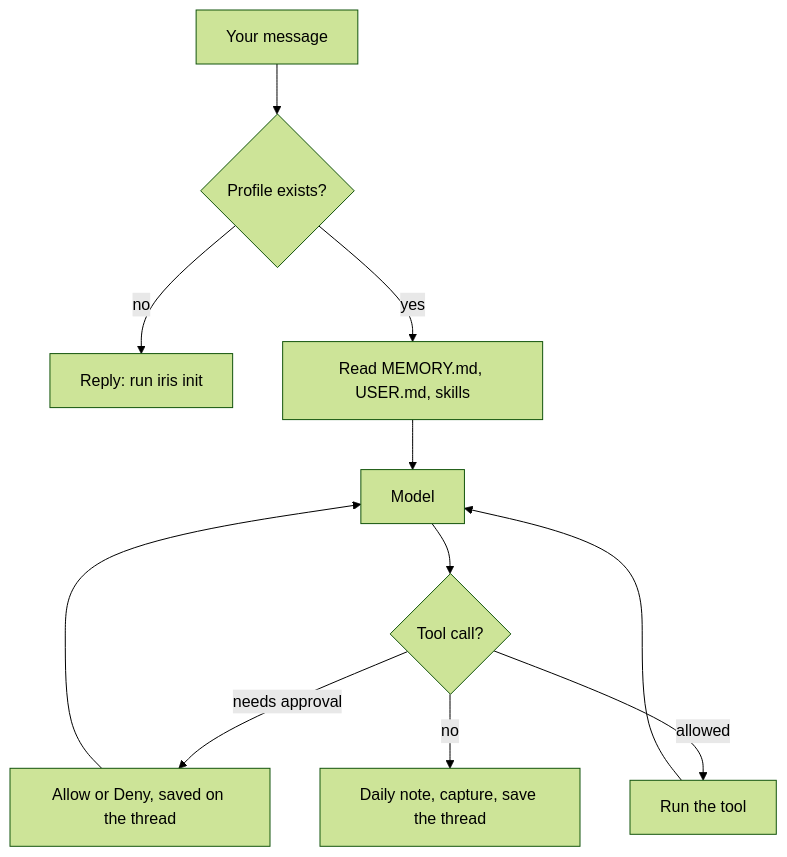
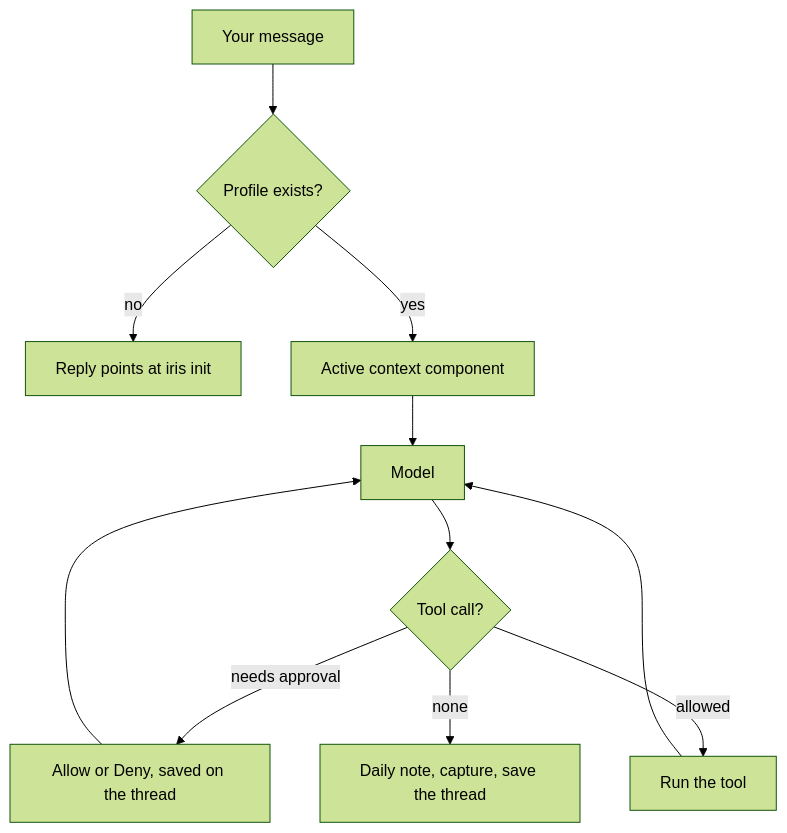
Before and after one commit to omhome16/Iris: the third of 3 diagrams in README.md, drawn with Mermaid (forest theme). The commit also changed other lines of this file and 5 other files, not shown here.

````diff
--- a/README.md
+++ b/README.md
@@ -51,13 +209,13 @@
 ```mermaid
 flowchart TD
-  msg["Your message"] --> route{"Profile exists?"}
-  route -->|no| setupReply["Reply: run iris init"]
-  route -->|yes| assemble["Read MEMORY.md, USER.md, skills"]
+  msg["Your message"] --> profile{"Profile exists?"}
+  profile -->|no| setupReply["Reply points at iris init"]
+  profile -->|yes| assemble["Active context component"]
   assemble --> agent["Model"]
   agent --> tools{"Tool call?"}
   tools -->|needs approval| pause["Allow or Deny, saved on the thread"]
   pause --> agent
   tools -->|allowed| run["Run the tool"]
   run --> agent
-  tools -->|no| save["Daily note, capture, save the thread"]
+  tools -->|none| save["Daily note, capture, save the thread"]
 ```
````
